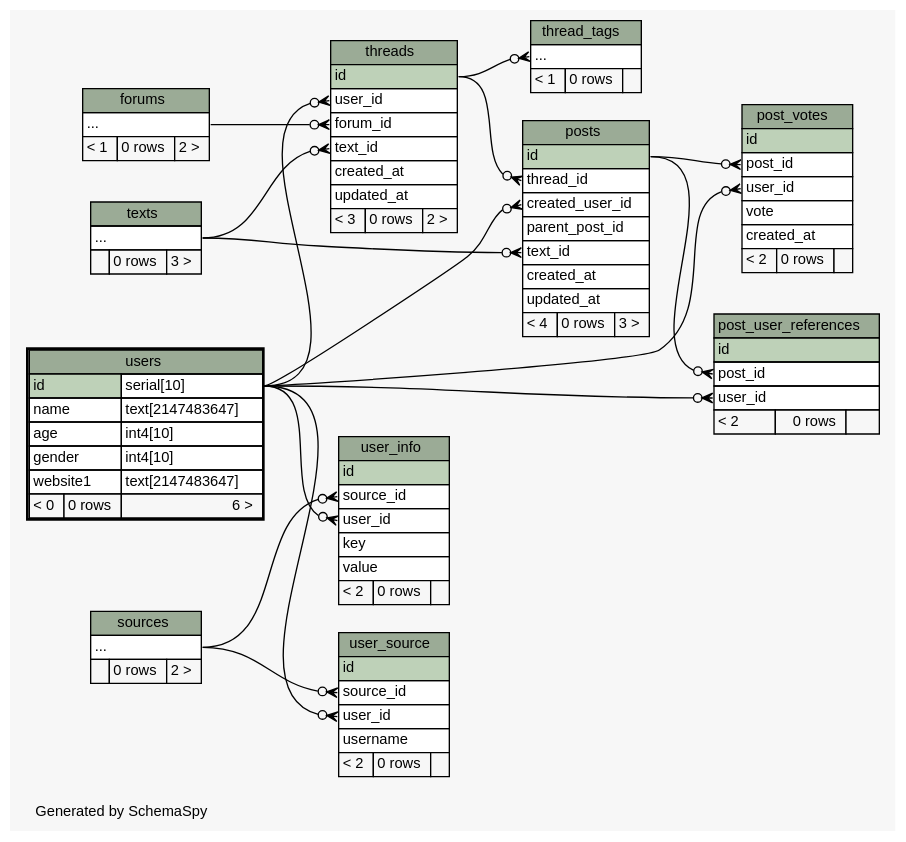
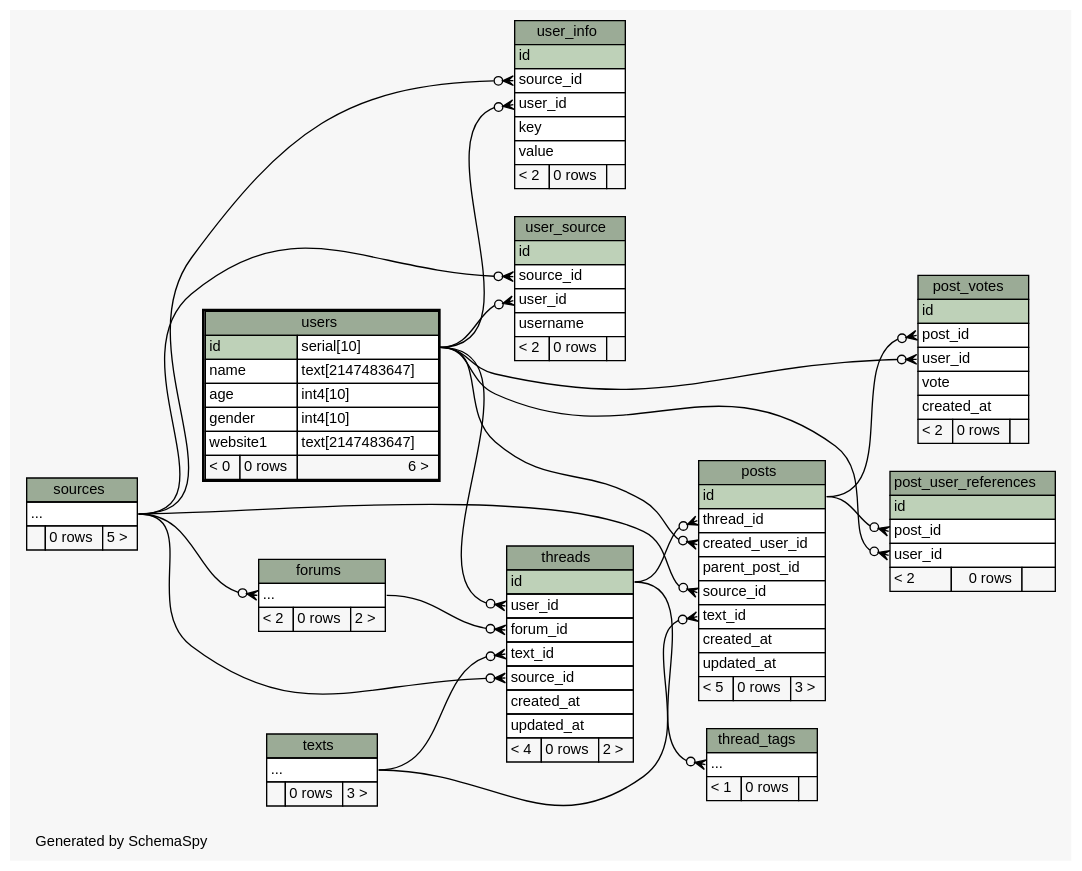
One commit to ryanaustincarlson/moocdb changed the diagram in library/diagrams/users.2degrees.dot. Above: the diagram before and after it, drawn with Graphviz. The commit also changed 79 other files, not shown here.

Commit message:
Adding source_id to threads and posts etc.

```diff
--- a/library/diagrams/users.2degrees.dot
+++ b/library/diagrams/users.2degrees.dot
@@ -1,175 +1,180 @@
 // dot 2.34.0 on Mac OS X 10.8.3
 // SchemaSpy rev 590
 digraph "twoDegreesRelationshipsDiagram" {
   graph [
     rankdir="RL"
     bgcolor="#f7f7f7"
     label="\nGenerated by SchemaSpy"
     labeljust="l"
     nodesep="0.18"
     ranksep="0.46"
     fontname="Helvetica"
     fontsize="11"
   ];
   node [
     fontname="Helvetica"
     fontsize="11"
     shape="plaintext"
   ];
   edge [
     arrowsize="0.8"
   ];
+  "forums":"elipses":w -> "sources":"elipses":e [arrowhead=none dir=back arrowtail=crowodot];
   "post_user_references":"post_id":w -> "posts":"id":e [arrowhead=none dir=back arrowtail=crowodot];
   "post_user_references":"user_id":w -> "users":"id.type":e [arrowhead=none dir=back arrowtail=crowodot];
   "post_votes":"post_id":w -> "posts":"id":e [arrowhead=none dir=back arrowtail=crowodot];
   "post_votes":"user_id":w -> "users":"id.type":e [arrowhead=none dir=back arrowtail=crowodot];
   "posts":"created_user_id":w -> "users":"id.type":e [arrowhead=none dir=back arrowtail=crowodot];
+  "posts":"source_id":w -> "sources":"elipses":e [arrowhead=none dir=back arrowtail=crowodot];
   "posts":"text_id":w -> "texts":"elipses":e [arrowhead=none dir=back arrowtail=crowodot];
   "posts":"thread_id":w -> "threads":"id":e [arrowhead=none dir=back arrowtail=crowodot];
   "thread_tags":"elipses":w -> "threads":"id":e [arrowhead=none dir=back arrowtail=crowodot];
   "threads":"forum_id":w -> "forums":"elipses":e [arrowhead=none dir=back arrowtail=crowodot];
+  "threads":"source_id":w -> "sources":"elipses":e [arrowhead=none dir=back arrowtail=crowodot];
   "threads":"text_id":w -> "texts":"elipses":e [arrowhead=none dir=back arrowtail=crowodot];
   "threads":"user_id":w -> "users":"id.type":e [arrowhead=none dir=back arrowtail=crowodot];
   "user_info":"source_id":w -> "sources":"elipses":e [arrowhead=none dir=back arrowtail=crowodot];
   "user_info":"user_id":w -> "users":"id.type":e [arrowhead=none dir=back arrowtail=crowodot];
   "user_source":"source_id":w -> "sources":"elipses":e [arrowhead=none dir=back arrowtail=crowodot];
   "user_source":"user_id":w -> "users":"id.type":e [arrowhead=none dir=back arrowtail=crowodot];
   "forums" [
     label=<
     <TABLE BORDER="0" CELLBORDER="1" CELLSPACING="0" BGCOLOR="#ffffff">
       <TR><TD COLSPAN="3" BGCOLOR="#9bab96" ALIGN="CENTER">forums</TD></TR>
       <TR><TD PORT="elipses" COLSPAN="3" ALIGN="LEFT">...</TD></TR>
-      <TR><TD ALIGN="LEFT" BGCOLOR="#f7f7f7">&lt; 1</TD><TD ALIGN="RIGHT" BGCOLOR="#f7f7f7">0 rows</TD><TD ALIGN="RIGHT" BGCOLOR="#f7f7f7">2 &gt;</TD></TR>
+      <TR><TD ALIGN="LEFT" BGCOLOR="#f7f7f7">&lt; 2</TD><TD ALIGN="RIGHT" BGCOLOR="#f7f7f7">0 rows</TD><TD ALIGN="RIGHT" BGCOLOR="#f7f7f7">2 &gt;</TD></TR>
     </TABLE>>
     URL="forums.html"
     tooltip="forums"
   ];
   "post_user_references" [
     label=<
     <TABLE BORDER="0" CELLBORDER="1" CELLSPACING="0" BGCOLOR="#ffffff">
       <TR><TD COLSPAN="3" BGCOLOR="#9bab96" ALIGN="CENTER">post_user_references</TD></TR>
       <TR><TD PORT="id" COLSPAN="3" BGCOLOR="#bed1b8" ALIGN="LEFT">id</TD></TR>
       <TR><TD PORT="post_id" COLSPAN="3" ALIGN="LEFT">post_id</TD></TR>
       <TR><TD PORT="user_id" COLSPAN="3" ALIGN="LEFT">user_id</TD></TR>
       <TR><TD ALIGN="LEFT" BGCOLOR="#f7f7f7">&lt; 2</TD><TD ALIGN="RIGHT" BGCOLOR="#f7f7f7">0 rows</TD><TD ALIGN="RIGHT" BGCOLOR="#f7f7f7">  </TD></TR>
     </TABLE>>
     URL="post_user_references.html"
     tooltip="post_user_references"
   ];
   "post_votes" [
     label=<
     <TABLE BORDER="0" CELLBORDER="1" CELLSPACING="0" BGCOLOR="#ffffff">
       <TR><TD COLSPAN="3" BGCOLOR="#9bab96" ALIGN="CENTER">post_votes</TD></TR>
       <TR><TD PORT="id" COLSPAN="3" BGCOLOR="#bed1b8" ALIGN="LEFT">id</TD></TR>
       <TR><TD PORT="post_id" COLSPAN="3" ALIGN="LEFT">post_id</TD></TR>
       <TR><TD PORT="user_id" COLSPAN="3" ALIGN="LEFT">user_id</TD></TR>
       <TR><TD PORT="vote" COLSPAN="3" ALIGN="LEFT">vote</TD></TR>
       <TR><TD PORT="created_at" COLSPAN="3" ALIGN="LEFT">created_at</TD></TR>
       <TR><TD ALIGN="LEFT" BGCOLOR="#f7f7f7">&lt; 2</TD><TD ALIGN="RIGHT" BGCOLOR="#f7f7f7">0 rows</TD><TD ALIGN="RIGHT" BGCOLOR="#f7f7f7">  </TD></TR>
     </TABLE>>
     URL="post_votes.html"
     tooltip="post_votes"
   ];
   "posts" [
     label=<
     <TABLE BORDER="0" CELLBORDER="1" CELLSPACING="0" BGCOLOR="#ffffff">
       <TR><TD COLSPAN="3" BGCOLOR="#9bab96" ALIGN="CENTER">posts</TD></TR>
       <TR><TD PORT="id" COLSPAN="3" BGCOLOR="#bed1b8" ALIGN="LEFT">id</TD></TR>
       <TR><TD PORT="thread_id" COLSPAN="3" ALIGN="LEFT">thread_id</TD></TR>
       <TR><TD PORT="created_user_id" COLSPAN="3" ALIGN="LEFT">created_user_id</TD></TR>
       <TR><TD PORT="parent_post_id" COLSPAN="3" ALIGN="LEFT">parent_post_id</TD></TR>
+      <TR><TD PORT="source_id" COLSPAN="3" ALIGN="LEFT">source_id</TD></TR>
       <TR><TD PORT="text_id" COLSPAN="3" ALIGN="LEFT">text_id</TD></TR>
       <TR><TD PORT="created_at" COLSPAN="3" ALIGN="LEFT">created_at</TD></TR>
       <TR><TD PORT="updated_at" COLSPAN="3" ALIGN="LEFT">updated_at</TD></TR>
-      <TR><TD ALIGN="LEFT" BGCOLOR="#f7f7f7">&lt; 4</TD><TD ALIGN="RIGHT" BGCOLOR="#f7f7f7">0 rows</TD><TD ALIGN="RIGHT" BGCOLOR="#f7f7f7">3 &gt;</TD></TR>
+      <TR><TD ALIGN="LEFT" BGCOLOR="#f7f7f7">&lt; 5</TD><TD ALIGN="RIGHT" BGCOLOR="#f7f7f7">0 rows</TD><TD ALIGN="RIGHT" BGCOLOR="#f7f7f7">3 &gt;</TD></TR>
     </TABLE>>
     URL="posts.html"
     tooltip="posts"
   ];
   "sources" [
     label=<
     <TABLE BORDER="0" CELLBORDER="1" CELLSPACING="0" BGCOLOR="#ffffff">
       <TR><TD COLSPAN="3" BGCOLOR="#9bab96" ALIGN="CENTER">sources</TD></TR>
       <TR><TD PORT="elipses" COLSPAN="3" ALIGN="LEFT">...</TD></TR>
-      <TR><TD ALIGN="LEFT" BGCOLOR="#f7f7f7">  </TD><TD ALIGN="RIGHT" BGCOLOR="#f7f7f7">0 rows</TD><TD ALIGN="RIGHT" BGCOLOR="#f7f7f7">2 &gt;</TD></TR>
+      <TR><TD ALIGN="LEFT" BGCOLOR="#f7f7f7">  </TD><TD ALIGN="RIGHT" BGCOLOR="#f7f7f7">0 rows</TD><TD ALIGN="RIGHT" BGCOLOR="#f7f7f7">5 &gt;</TD></TR>
     </TABLE>>
     URL="sources.html"
     tooltip="sources"
   ];
   "texts" [
     label=<
     <TABLE BORDER="0" CELLBORDER="1" CELLSPACING="0" BGCOLOR="#ffffff">
       <TR><TD COLSPAN="3" BGCOLOR="#9bab96" ALIGN="CENTER">texts</TD></TR>
       <TR><TD PORT="elipses" COLSPAN="3" ALIGN="LEFT">...</TD></TR>
       <TR><TD ALIGN="LEFT" BGCOLOR="#f7f7f7">  </TD><TD ALIGN="RIGHT" BGCOLOR="#f7f7f7">0 rows</TD><TD ALIGN="RIGHT" BGCOLOR="#f7f7f7">3 &gt;</TD></TR>
     </TABLE>>
     URL="texts.html"
     tooltip="texts"
   ];
   "thread_tags" [
     label=<
     <TABLE BORDER="0" CELLBORDER="1" CELLSPACING="0" BGCOLOR="#ffffff">
       <TR><TD COLSPAN="3" BGCOLOR="#9bab96" ALIGN="CENTER">thread_tags</TD></TR>
       <TR><TD PORT="elipses" COLSPAN="3" ALIGN="LEFT">...</TD></TR>
       <TR><TD ALIGN="LEFT" BGCOLOR="#f7f7f7">&lt; 1</TD><TD ALIGN="RIGHT" BGCOLOR="#f7f7f7">0 rows</TD><TD ALIGN="RIGHT" BGCOLOR="#f7f7f7">  </TD></TR>
     </TABLE>>
     URL="thread_tags.html"
     tooltip="thread_tags"
   ];
   "threads" [
     label=<
     <TABLE BORDER="0" CELLBORDER="1" CELLSPACING="0" BGCOLOR="#ffffff">
       <TR><TD COLSPAN="3" BGCOLOR="#9bab96" ALIGN="CENTER">threads</TD></TR>
       <TR><TD PORT="id" COLSPAN="3" BGCOLOR="#bed1b8" ALIGN="LEFT">id</TD></TR>
       <TR><TD PORT="user_id" COLSPAN="3" ALIGN="LEFT">user_id</TD></TR>
       <TR><TD PORT="forum_id" COLSPAN="3" ALIGN="LEFT">forum_id</TD></TR>
       <TR><TD PORT="text_id" COLSPAN="3" ALIGN="LEFT">text_id</TD></TR>
+      <TR><TD PORT="source_id" COLSPAN="3" ALIGN="LEFT">source_id</TD></TR>
       <TR><TD PORT="created_at" COLSPAN="3" ALIGN="LEFT">created_at</TD></TR>
       <TR><TD PORT="updated_at" COLSPAN="3" ALIGN="LEFT">updated_at</TD></TR>
-      <TR><TD ALIGN="LEFT" BGCOLOR="#f7f7f7">&lt; 3</TD><TD ALIGN="RIGHT" BGCOLOR="#f7f7f7">0 rows</TD><TD ALIGN="RIGHT" BGCOLOR="#f7f7f7">2 &gt;</TD></TR>
+      <TR><TD ALIGN="LEFT" BGCOLOR="#f7f7f7">&lt; 4</TD><TD ALIGN="RIGHT" BGCOLOR="#f7f7f7">0 rows</TD><TD ALIGN="RIGHT" BGCOLOR="#f7f7f7">2 &gt;</TD></TR>
     </TABLE>>
     URL="threads.html"
     tooltip="threads"
   ];
   "user_info" [
     label=<
     <TABLE BORDER="0" CELLBORDER="1" CELLSPACING="0" BGCOLOR="#ffffff">
       <TR><TD COLSPAN="3" BGCOLOR="#9bab96" ALIGN="CENTER">user_info</TD></TR>
       <TR><TD PORT="id" COLSPAN="3" BGCOLOR="#bed1b8" ALIGN="LEFT">id</TD></TR>
       <TR><TD PORT="source_id" COLSPAN="3" ALIGN="LEFT">source_id</TD></TR>
       <TR><TD PORT="user_id" COLSPAN="3" ALIGN="LEFT">user_id</TD></TR>
       <TR><TD PORT="key" COLSPAN="3" ALIGN="LEFT">key</TD></TR>
       <TR><TD PORT="value" COLSPAN="3" ALIGN="LEFT">value</TD></TR>
       <TR><TD ALIGN="LEFT" BGCOLOR="#f7f7f7">&lt; 2</TD><TD ALIGN="RIGHT" BGCOLOR="#f7f7f7">0 rows</TD><TD ALIGN="RIGHT" BGCOLOR="#f7f7f7">  </TD></TR>
     </TABLE>>
     URL="user_info.html"
     tooltip="user_info"
   ];
   "user_source" [
     label=<
     <TABLE BORDER="0" CELLBORDER="1" CELLSPACING="0" BGCOLOR="#ffffff">
       <TR><TD COLSPAN="3" BGCOLOR="#9bab96" ALIGN="CENTER">user_source</TD></TR>
       <TR><TD PORT="id" COLSPAN="3" BGCOLOR="#bed1b8" ALIGN="LEFT">id</TD></TR>
       <TR><TD PORT="source_id" COLSPAN="3" ALIGN="LEFT">source_id</TD></TR>
       <TR><TD PORT="user_id" COLSPAN="3" ALIGN="LEFT">user_id</TD></TR>
       <TR><TD PORT="username" COLSPAN="3" ALIGN="LEFT">username</TD></TR>
       <TR><TD ALIGN="LEFT" BGCOLOR="#f7f7f7">&lt; 2</TD><TD ALIGN="RIGHT" BGCOLOR="#f7f7f7">0 rows</TD><TD ALIGN="RIGHT" BGCOLOR="#f7f7f7">  </TD></TR>
     </TABLE>>
     URL="user_source.html"
     tooltip="user_source"
   ];
   "users" [
     label=<
     <TABLE BORDER="2" CELLBORDER="1" CELLSPACING="0" BGCOLOR="#ffffff">
       <TR><TD COLSPAN="3" BGCOLOR="#9bab96" ALIGN="CENTER">users</TD></TR>
       <TR><TD PORT="id" COLSPAN="2" BGCOLOR="#bed1b8" ALIGN="LEFT">id</TD><TD PORT="id.type" ALIGN="LEFT">serial[10]</TD></TR>
       <TR><TD PORT="name" COLSPAN="2" ALIGN="LEFT">name</TD><TD PORT="name.type" ALIGN="LEFT">text[2147483647]</TD></TR>
       <TR><TD PORT="age" COLSPAN="2" ALIGN="LEFT">age</TD><TD PORT="age.type" ALIGN="LEFT">int4[10]</TD></TR>
       <TR><TD PORT="gender" COLSPAN="2" ALIGN="LEFT">gender</TD><TD PORT="gender.type" ALIGN="LEFT">int4[10]</TD></TR>
       <TR><TD PORT="website1" COLSPAN="2" ALIGN="LEFT">website1</TD><TD PORT="website1.type" ALIGN="LEFT">text[2147483647]</TD></TR>
       <TR><TD ALIGN="LEFT" BGCOLOR="#f7f7f7">&lt; 0</TD><TD ALIGN="RIGHT" BGCOLOR="#f7f7f7">0 rows</TD><TD ALIGN="RIGHT" BGCOLOR="#f7f7f7">6 &gt;</TD></TR>
     </TABLE>>
     URL="users.html"
     tooltip="users"
   ];
 }
```
